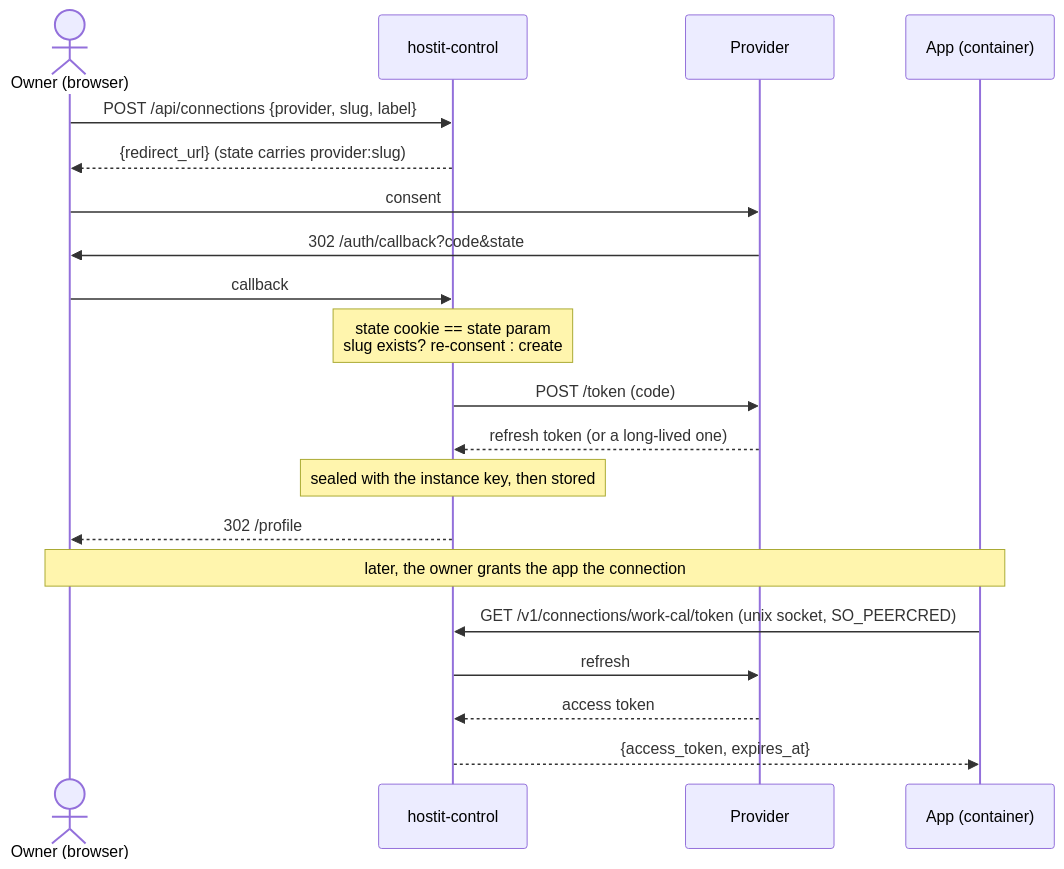
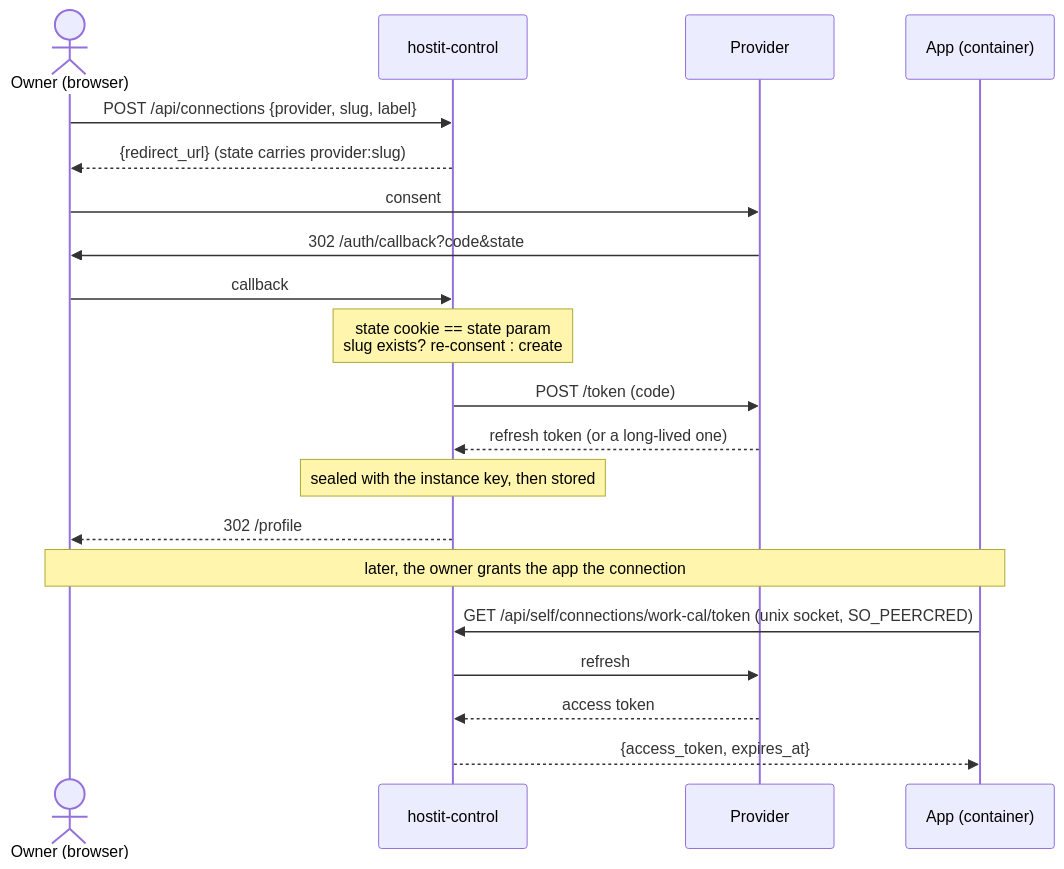
One commit to binwiederhier/hostit changed the diagram in docs/features/connections.md. Above: the diagram before and after it, drawn with Mermaid. The commit also changed other lines of this file and 27 other files, not shown here.

First line of the commit message:
Key rotation, transcript redaction, /api/self, and a real confirm dialog

````diff
--- a/docs/features/connections.md
+++ b/docs/features/connections.md
@@ -151,24 +151,24 @@
 ```mermaid
 sequenceDiagram
     actor O as Owner (browser)
     participant H as hostit-control
     participant P as Provider
     participant A as App (container)
 
     O->>H: POST /api/connections {provider, slug, label}
     H-->>O: {redirect_url}  (state carries provider:slug)
     O->>P: consent
     P->>O: 302 /auth/callback?code&state
     O->>H: callback
     Note over H: state cookie == state param<br/>slug exists? re-consent : create
     H->>P: POST /token (code)
     P-->>H: refresh token (or a long-lived one)
     Note over H: sealed with the instance key, then stored
     H-->>O: 302 /profile
 
     Note over O,A: later, the owner grants the app the connection
-    A->>H: GET /v1/connections/work-cal/token (unix socket, SO_PEERCRED)
+    A->>H: GET /api/self/connections/work-cal/token (unix socket, SO_PEERCRED)
     H->>P: refresh
     P-->>H: access token
     H-->>A: {access_token, expires_at}
 ```
````
